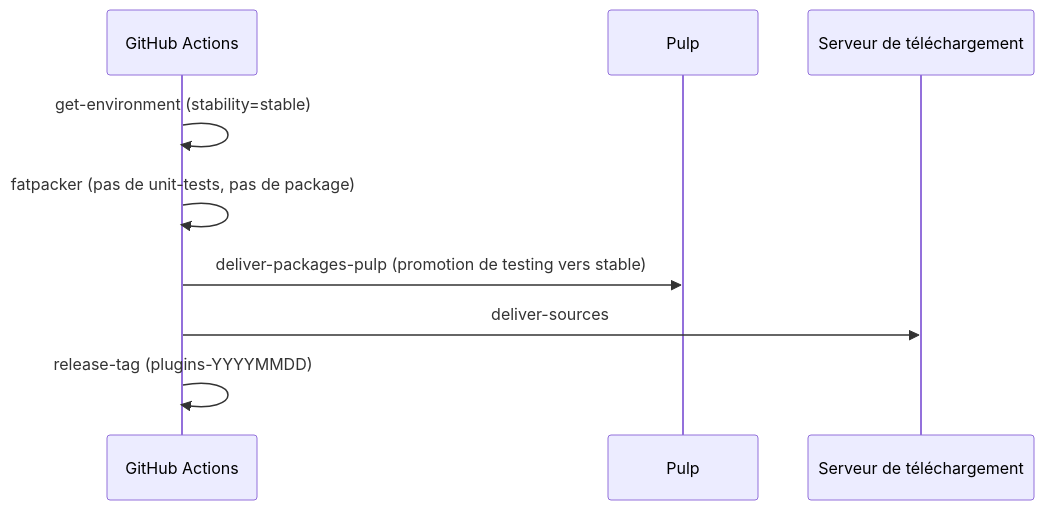
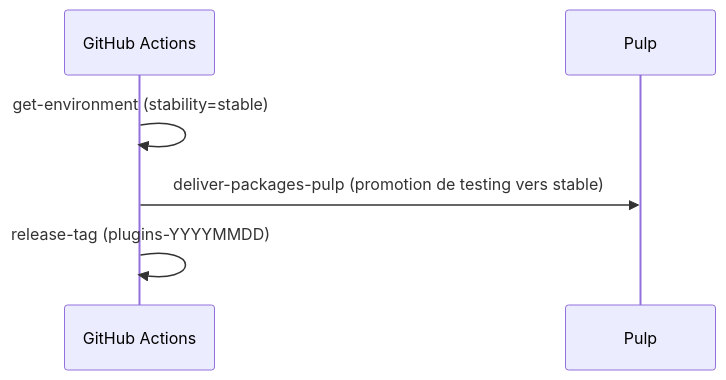
One commit to centreon/centreon-plugins changed the seventh of 7 diagrams in doc/fr/developer/plugins-ci.md. Above: the diagram before and after it, drawn with Mermaid. The commit also changed other lines of this file and 3 other files, not shown here.

First line of the commit message:
chore(ci): remove plugins deliver-sources job

````diff
--- a/doc/fr/developer/plugins-ci.md
+++ b/doc/fr/developer/plugins-ci.md
@@ -380,12 +372,9 @@
 ```mermaid
 sequenceDiagram
     participant GH as GitHub Actions
     participant PULP as Pulp
-    participant DL as Serveur de téléchargement
 
     GH->>GH: get-environment (stability=stable)
-    GH->>GH: fatpacker (pas de unit-tests, pas de package)
     GH->>PULP: deliver-packages-pulp (promotion de testing vers stable)
-    GH->>DL: deliver-sources
     GH->>GH: release-tag (plugins-YYYYMMDD)
 ```
````
